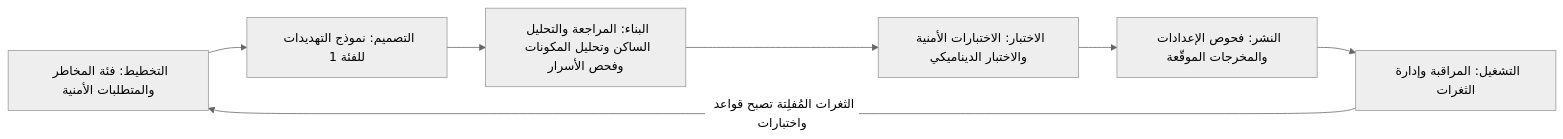
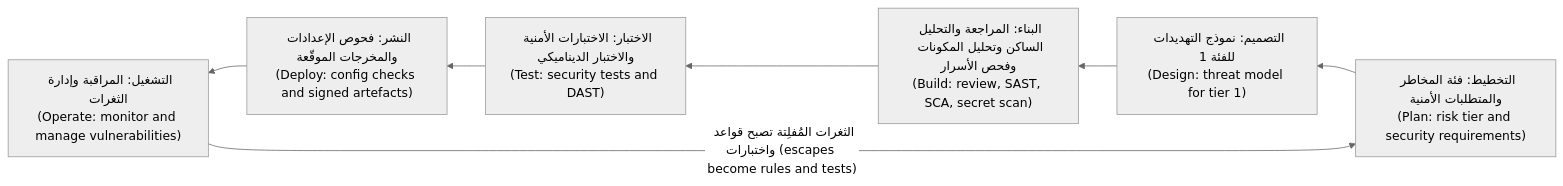
The first of 3 diagrams in secai/modules/06-sdlc.ar.md (Tamoura/system-design-for-vibe-coders), drawn with Mermaid (neutral theme) before and after one commit. The commit also changed other lines of this file and 11 other files, not shown here.

First line of the commit message:
Security course: Arabic modules 10–11 reviewed; RTL diagrams with English labels for modules 0–11

````diff
--- a/secai/modules/06-sdlc.ar.md
+++ b/secai/modules/06-sdlc.ar.md
@@ -35,9 +35,9 @@
 ```mermaid
-flowchart LR
-    P["التخطيط: فئة المخاطر والمتطلبات الأمنية"] --> D["التصميم: نموذج التهديدات للفئة 1"]
-    D --> B["البناء: المراجعة والتحليل الساكن وتحليل المكونات وفحص الأسرار"]
-    B --> T["الاختبار: الاختبارات الأمنية والاختبار الديناميكي"]
-    T --> R["النشر: فحوص الإعدادات والمخرجات الموقّعة"]
-    R --> O["التشغيل: المراقبة وإدارة الثغرات"]
-    O -->|"الثغرات المُفلِتة تصبح قواعد واختبارات"| P
+flowchart RL
+    P["التخطيط: فئة المخاطر والمتطلبات الأمنية<br/>(Plan: risk tier and security requirements)"] --> D["التصميم: نموذج التهديدات للفئة 1<br/>(Design: threat model for tier 1)"]
+    D --> B["البناء: المراجعة والتحليل الساكن وتحليل المكونات وفحص الأسرار<br/>(Build: review, SAST, SCA, secret scan)"]
+    B --> T["الاختبار: الاختبارات الأمنية والاختبار الديناميكي<br/>(Test: security tests and DAST)"]
+    T --> R["النشر: فحوص الإعدادات والمخرجات الموقّعة<br/>(Deploy: config checks and signed artefacts)"]
+    R --> O["التشغيل: المراقبة وإدارة الثغرات<br/>(Operate: monitor and manage vulnerabilities)"]
+    O -->|"الثغرات المُفلِتة تصبح قواعد واختبارات (escapes become rules and tests)"| P
 ```
````
